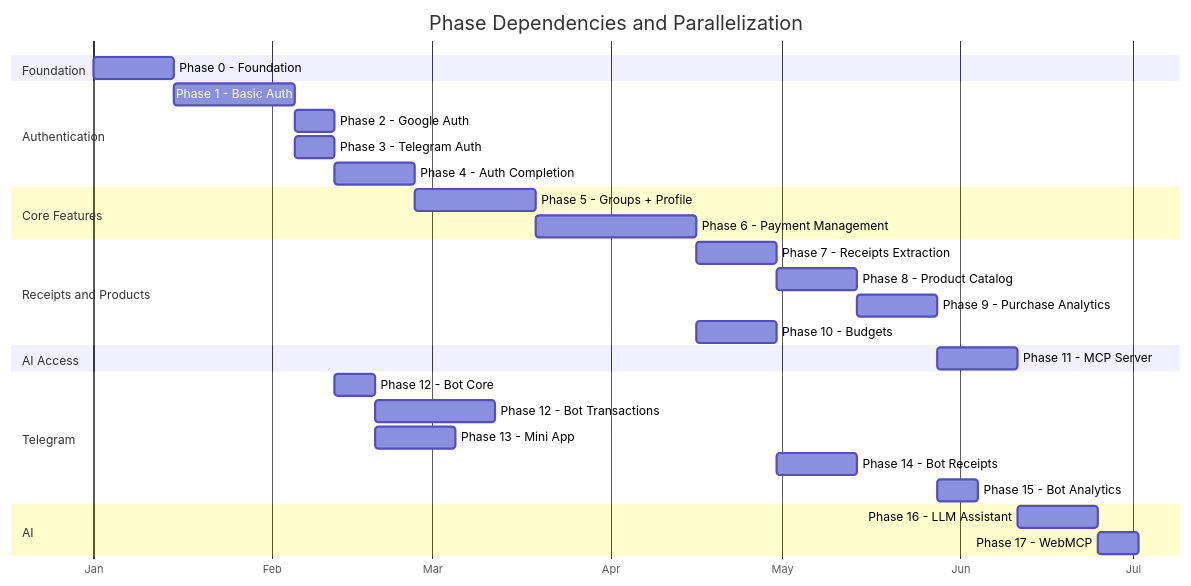
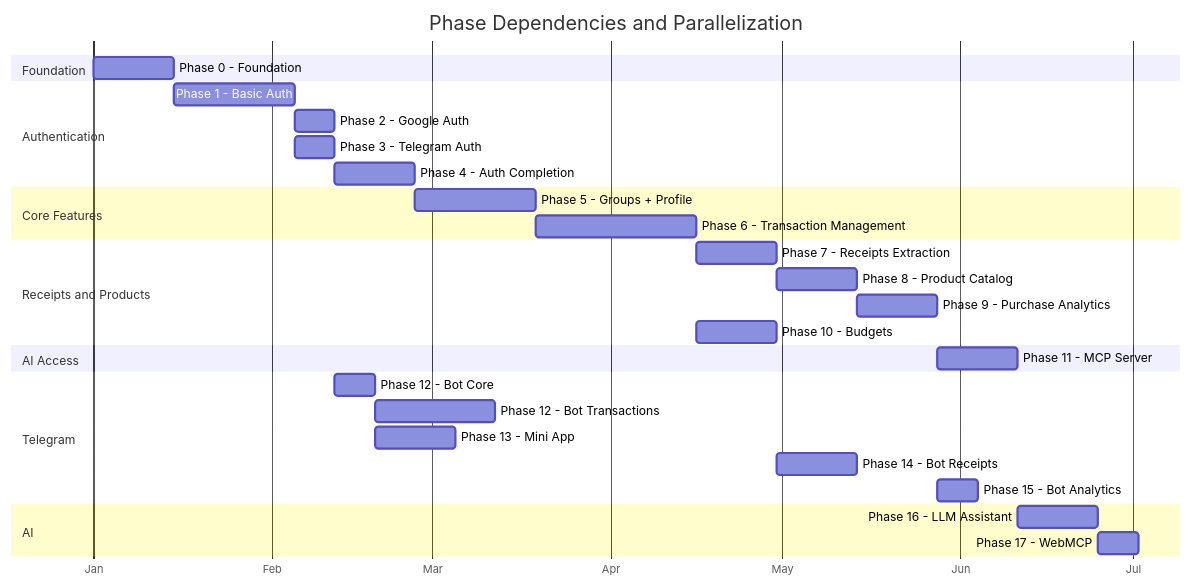
The sixth of 6 diagrams in IMPLEMENTATION-PLAN.md (Aleksei-Michnik/myfinpro), drawn with Mermaid before and after one commit. The commit also changed other lines of this file and 8 other files, not shown here.

First line of the commit message:
docs(phase-8.20): rename Payment → Transaction in living docs; journal entry

````diff
--- a/IMPLEMENTATION-PLAN.md
+++ b/IMPLEMENTATION-PLAN.md
@@ -1063,39 +1063,39 @@
 ```mermaid
 gantt
     title Phase Dependencies and Parallelization
     dateFormat YYYY-MM-DD
     axisFormat %b
 
     section Foundation
     Phase 0 - Foundation           :p0, 2025-01-01, 14d
 
     section Authentication
     Phase 1 - Basic Auth           :p1, after p0, 21d
     Phase 2 - Google Auth          :p2, after p1, 7d
     Phase 3 - Telegram Auth        :p3, after p1, 7d
     Phase 4 - Auth Completion      :p4, after p3, 14d
 
     section Core Features
     Phase 5 - Groups + Profile     :p5, after p4, 21d
-    Phase 6 - Payment Management   :p6, after p5, 28d
+    Phase 6 - Transaction Management   :p6, after p5, 28d
 
     section Receipts and Products
     Phase 7 - Receipts Extraction  :p7, after p6, 14d
     Phase 8 - Product Catalog      :p8, after p7, 14d
     Phase 9 - Purchase Analytics   :p9, after p8, 14d
     Phase 10 - Budgets             :p10, after p6, 14d
 
     section AI Access
     Phase 11 - MCP Server          :p11, after p9, 14d
 
     section Telegram
     Phase 12 - Bot Core            :p12a, after p3, 7d
     Phase 12 - Bot Transactions    :p12b, after p12a, 21d
     Phase 13 - Mini App            :p13, after p12a, 14d
     Phase 14 - Bot Receipts        :p14, after p7, 14d
     Phase 15 - Bot Analytics       :p15, after p9, 7d
 
     section AI
     Phase 16 - LLM Assistant       :p16, after p11, 14d
     Phase 17 - WebMCP              :p17, after p16, 7d
 ```
````
